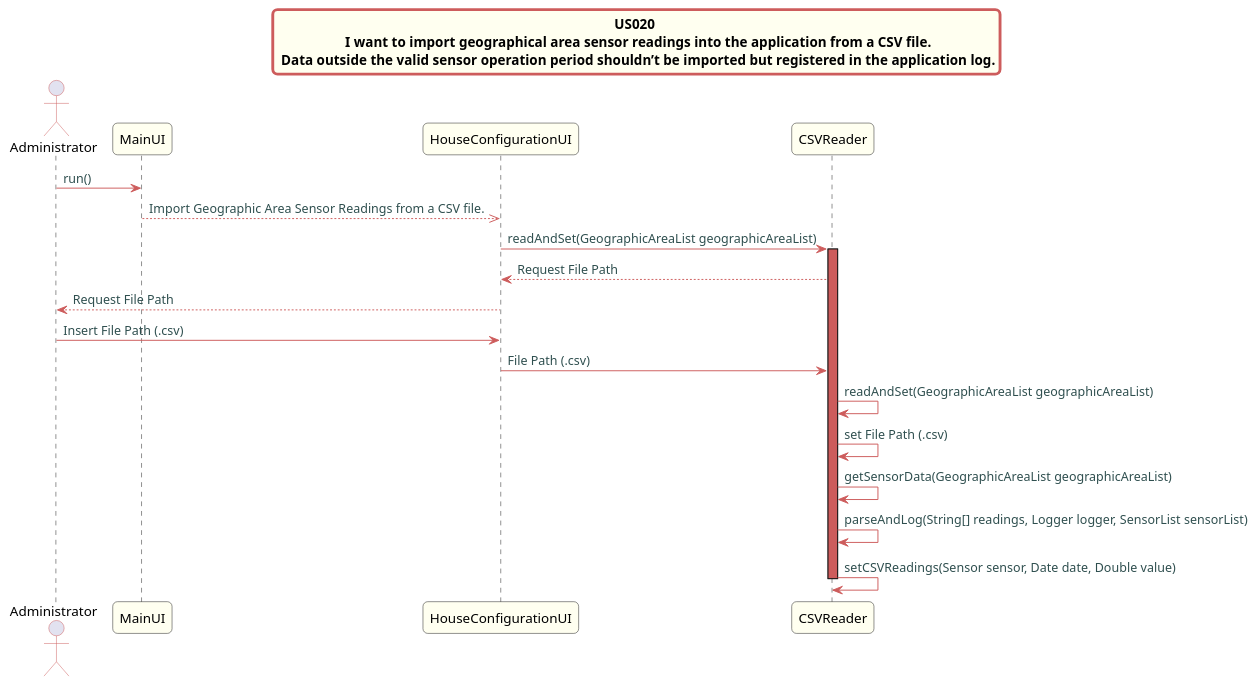
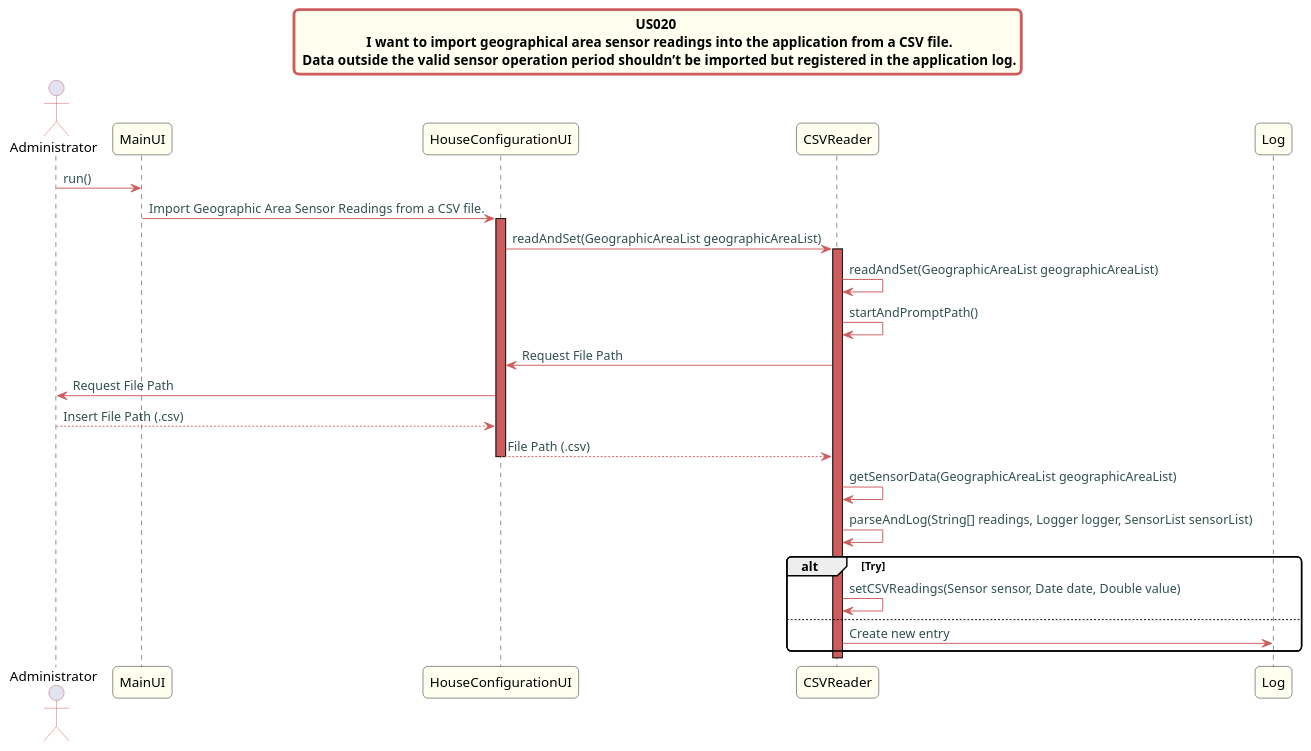
The diagram in src/doc/Controllers/HouseConfiguration/US20/US020.puml (Almadanmp/project), drawn with PlantUML before and after one commit. The commit also changed 4 other files, not shown here.

Commit message:
Ref #160 Updates UML Diagrams

```diff
--- a/src/doc/Controllers/HouseConfiguration/US20/US020.puml
+++ b/src/doc/Controllers/HouseConfiguration/US20/US020.puml
@@ -1,48 +1,54 @@
 @startuml
 
 skinparam titleBorderRoundCorner 10
 skinparam titleBorderThickness 3
 skinparam titleBorderColor indianred
 skinparam titleBackgroundColor ivory
 skinparam FontName quicksand
 
 skinparam actor {
  	BorderColor indianred
  	}
 
  skinparam sequence {
  	LifeLineBackgroundColor indianred
  	ParticipantBackgroundColor ivory
  }
 
  skinparam roundcorner 10
 
  skinparam component {
    arrowThickness 1
    ArrowFontName Verdana
    ArrowColor indianred
    ArrowFontColor darkslategrey
  }
 title US020 \n  I want to import geographical area sensor readings into the application from a CSV file. \n Data outside the valid sensor operation period shouldn’t be imported but registered in the application log.
 
 
 actor Administrator
 Administrator -> MainUI:run()
 
-MainUI -->> HouseConfigurationUI: Import Geographic Area Sensor Readings from a CSV file.
-
+MainUI -> HouseConfigurationUI: Import Geographic Area Sensor Readings from a CSV file.
+activate HouseConfigurationUI
 HouseConfigurationUI -> CSVReader: readAndSet(GeographicAreaList geographicAreaList)
 activate CSVReader
-CSVReader --> HouseConfigurationUI: Request File Path
-HouseConfigurationUI --> Administrator: Request File Path
-Administrator -> HouseConfigurationUI: Insert File Path (.csv)
-HouseConfigurationUI -> CSVReader: File Path (.csv)
 CSVReader -> CSVReader: readAndSet(GeographicAreaList geographicAreaList)
-CSVReader -> CSVReader: set File Path (.csv)
+CSVReader -> CSVReader: startAndPromptPath()
+CSVReader -> HouseConfigurationUI: Request File Path
+HouseConfigurationUI -> Administrator: Request File Path
+Administrator --> HouseConfigurationUI: Insert File Path (.csv)
+HouseConfigurationUI --> CSVReader: File Path (.csv)
+deactivate HouseConfigurationUI
+
+
 CSVReader -> CSVReader: getSensorData(GeographicAreaList geographicAreaList)
 CSVReader -> CSVReader: parseAndLog(String[] readings, Logger logger, SensorList sensorList)
+alt Try
 CSVReader -> CSVReader: setCSVReadings(Sensor sensor, Date date, Double value)
+else
+CSVReader -> Log: Create new entry
 
+end
 deactivate CSVReader
-
 @enduml
```
